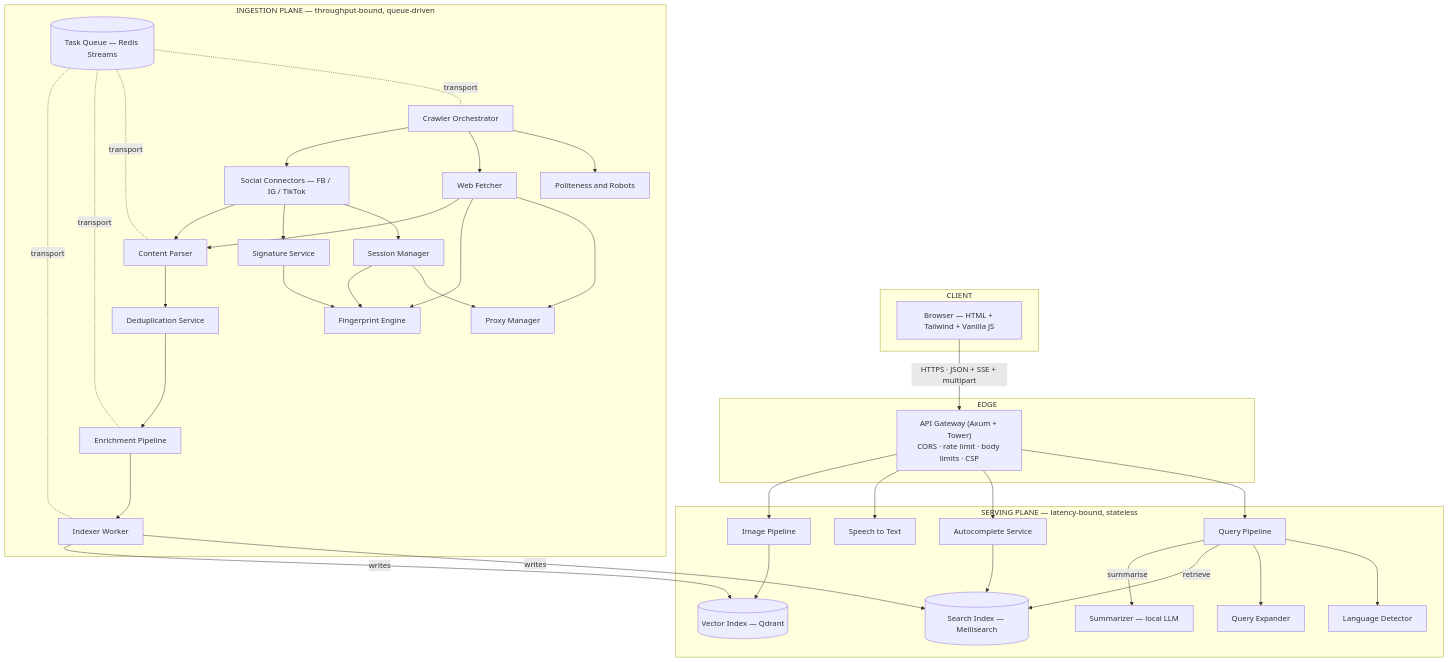
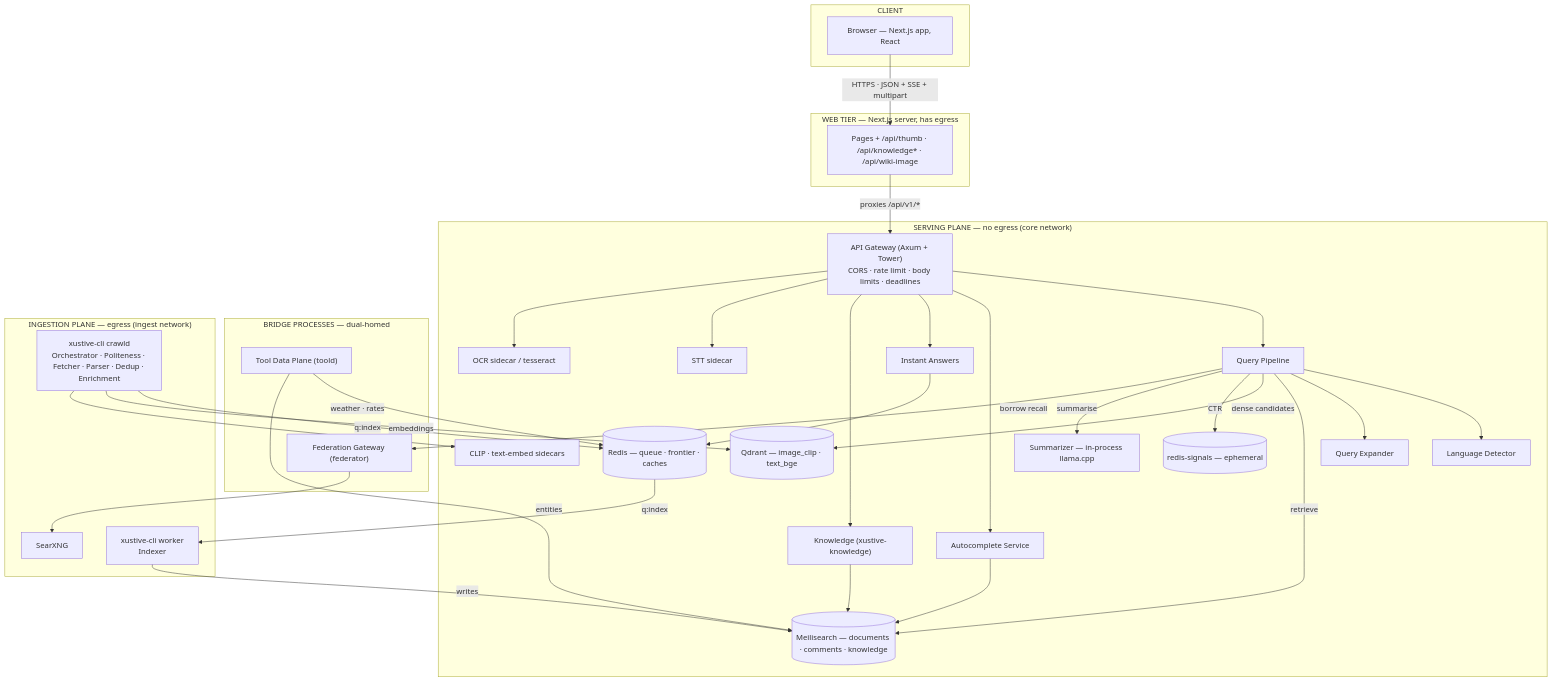
Before and after one commit to ABakdi/Xustive: the diagram in docs/Architecture/System Architecture.md, drawn with Mermaid. The commit also changed other lines of this file and 112 other files, not shown here.

````diff
--- a/docs/Architecture/System Architecture.md
+++ b/docs/Architecture/System Architecture.md
@@ -33,66 +59,62 @@
 ```mermaid
 flowchart TB
   subgraph CLIENT["CLIENT"]
-    B["Browser — HTML + Tailwind + Vanilla JS"]
+    B["Browser — Next.js app, React"]
   end
-  subgraph EDGE["EDGE"]
-    GW["API Gateway (Axum + Tower)<br/>CORS · rate limit · body limits · CSP"]
+  subgraph WEB["WEB TIER — Next.js server, has egress"]
+    NX["Pages + /api/thumb · /api/knowledge* · /api/wiki-image"]
   end
-  subgraph SERVING["SERVING PLANE — latency-bound, stateless"]
+  subgraph SERVING["SERVING PLANE — no egress (core network)"]
+    GW["API Gateway (Axum + Tower)<br/>CORS · rate limit · body limits · deadlines"]
     QP["Query Pipeline"]
     LD["Language Detector"]
     QE["Query Expander"]
     AC["Autocomplete Service"]
-    STT["Speech to Text"]
-    IMG["Image Pipeline"]
-    SI[("Search Index — Meilisearch")]
-    VI[("Vector Index — Qdrant")]
-    SUM["Summarizer — local LLM"]
+    IA["Instant Answers"]
+    KN["Knowledge (xustive-knowledge)"]
+    SUM["Summarizer — in-process llama.cpp"]
+    STT["STT sidecar"]
+    OCR["OCR sidecar / tesseract"]
+    CLIP["CLIP · text-embed sidecars"]
+    SI[("Meilisearch — documents · comments · knowledge")]
+    VI[("Qdrant — image_clip · text_bge")]
+    RS[("Redis — queue · frontier · caches")]
+    RSG[("redis-signals — ephemeral")]
   end
-  subgraph INGEST["INGESTION PLANE — throughput-bound, queue-driven"]
-    CO["Crawler Orchestrator"]
-    PR["Politeness and Robots"]
-    PX["Proxy Manager"]
-    WF["Web Fetcher"]
-    SC["Social Connectors — FB / IG / TikTok"]
-    SM["Session Manager"]
-    FP["Fingerprint Engine"]
-    SG["Signature Service"]
-    CP["Content Parser"]
-    DD["Deduplication Service"]
-    EP["Enrichment Pipeline"]
-    IW["Indexer Worker"]
-    TQ[("Task Queue — Redis Streams")]
+  subgraph BRIDGE["BRIDGE PROCESSES — dual-homed"]
+    TD["Tool Data Plane (toold)"]
+    FG["Federation Gateway (federator)"]
+  end
+  subgraph INGEST["INGESTION PLANE — egress (ingest network)"]
+    CD["xustive-cli crawld<br/>Orchestrator · Politeness · Fetcher · Parser · Dedup · Enrichment"]
+    WK["xustive-cli worker<br/>Indexer"]
+    SX["SearXNG"]
   end
 
-  B -->|"HTTPS · JSON + SSE + multipart"| GW
+  B -->|"HTTPS · JSON + SSE + multipart"| NX
+  NX -->|"proxies /api/v1/*"| GW
   GW --> QP
   GW --> AC
+  GW --> IA
+  GW --> KN
   GW --> STT
-  GW --> IMG
+  GW --> OCR
   QP --> LD
   QP --> QE
   QP -->|retrieve| SI
+  QP -->|dense candidates| VI
+  QP -->|CTR| RSG
   QP -->|summarise| SUM
+  QP -->|"borrow recall"| FG
+  FG --> SX
+  KN --> SI
+  IA --> RS
   AC --> SI
-  IMG --> VI
-  IW -->|writes| SI
-  IW -->|writes| VI
-  CO --> PR
-  CO --> WF
-  CO --> SC
-  WF --> PX
-  SC --> SM
-  SC --> SG
-  SM --> PX
-  SM --> FP
-  SG --> FP
-  WF --> FP
-  WF --> CP
-  SC --> CP
-  CP --> DD --> EP --> IW
-  TQ -.transport.- CO
-  TQ -.transport.- CP
-  TQ -.transport.- EP
-  TQ -.transport.- IW
+  TD -->|weather · rates| RS
+  TD -->|entities| SI
+  CD -->|"q:index"| RS
+  RS -->|"q:index"| WK
+  WK -->|writes| SI
+  CD -->|"embeddings"| VI
+  CD --> CLIP
 ```
````
